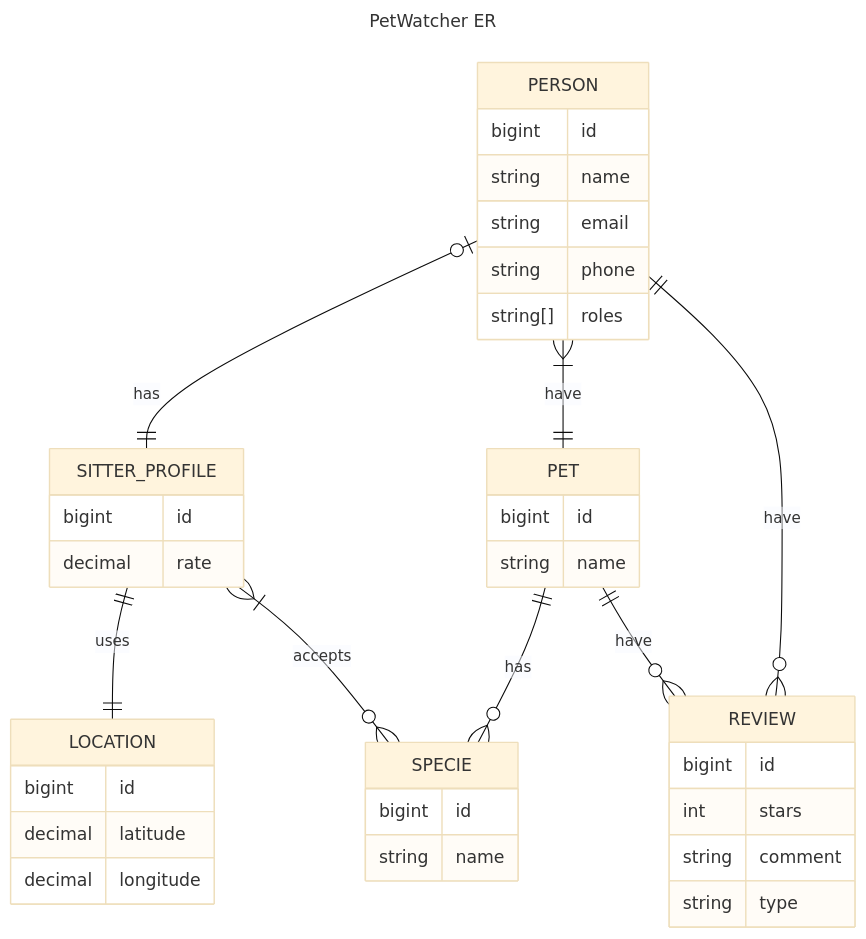
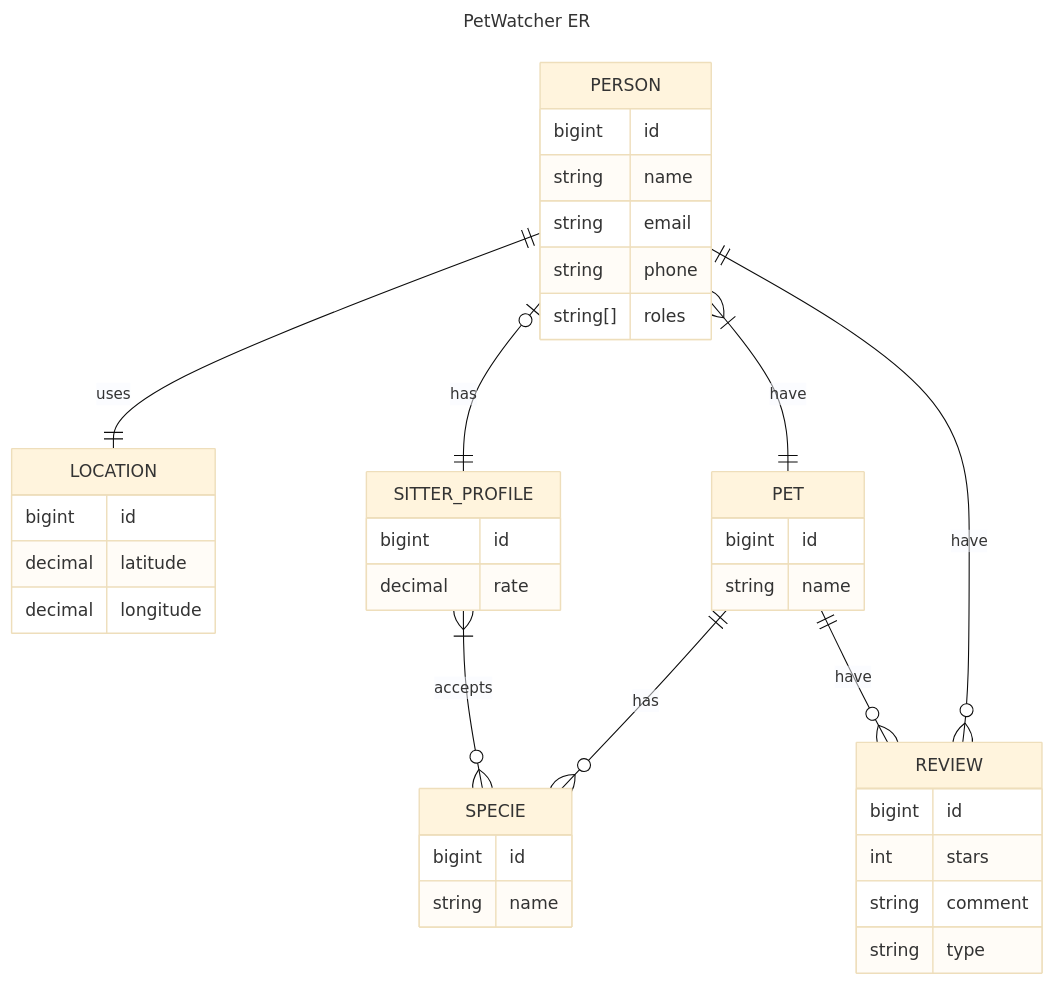
Before and after one commit to saviocangussu-pet/hackaton-petwatcher: the diagram in README.md, drawn with Mermaid (base theme). The commit also changed 10 other files, not shown here.

````diff
--- a/README.md
+++ b/README.md
@@ -37,44 +37,44 @@
 ```mermaid
 ---
 title: PetWatcher ER
 ---
 erDiagram
-  SITTER_PROFILE ||--|| LOCATION : uses
+  PERSON ||--|| LOCATION : uses
   SITTER_PROFILE }|--o{ SPECIE : accepts
   PERSON |o--|| SITTER_PROFILE : has
   PERSON }|--|| PET : have
   PET ||--o{ SPECIE : has
   PET ||--o{ REVIEW : have
   PERSON ||--o{ REVIEW : have
 
   SITTER_PROFILE{
     bigint id
     decimal rate
   }
   PERSON {
     bigint id
     string name
     string email
     string phone
     string[] roles
   }
   PET {
     bigint id
     string name
   }
   SPECIE {
     bigint id
     string name
   }
   LOCATION {
     bigint id
     decimal latitude
     decimal longitude
   }
   REVIEW {
     bigint id
     int stars
     string comment
     string type
   }
 ```
````
